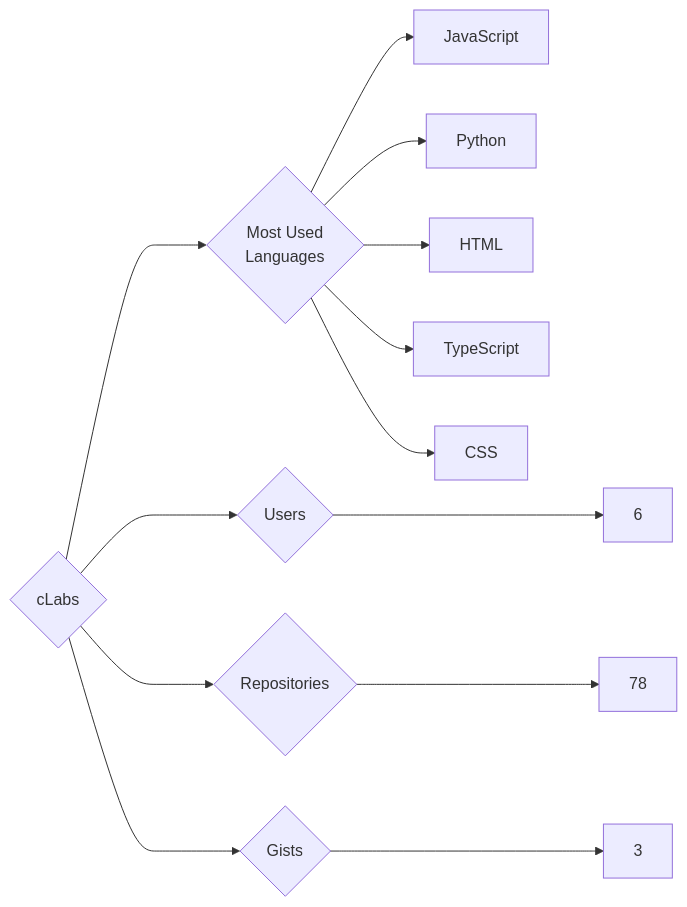
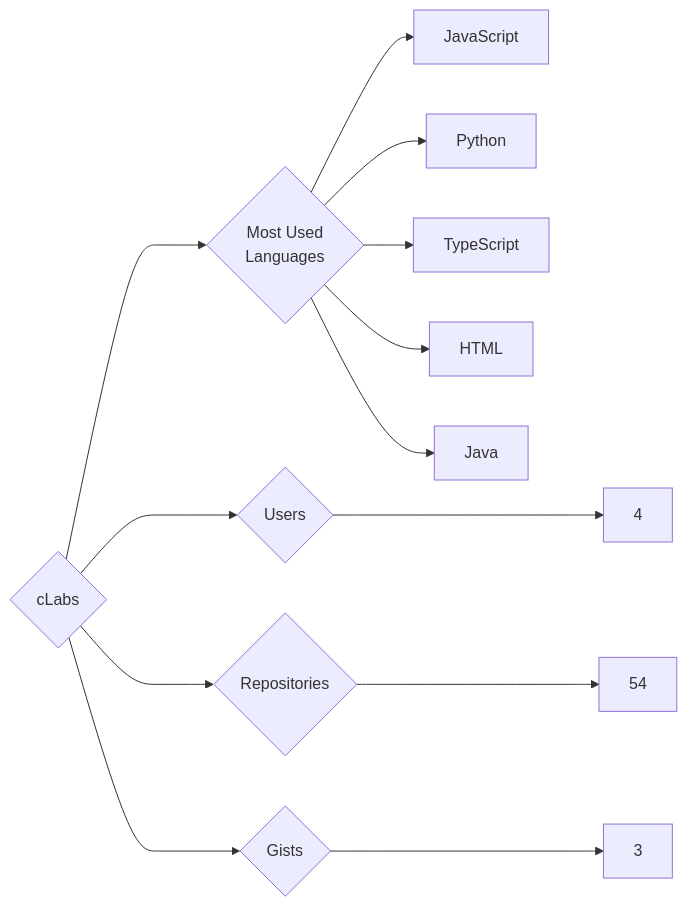
One commit to trickest/insiders changed the diagram in targets/cLabs/README.md. Above: the diagram before and after it, drawn with Mermaid. The commit also changed 783 other files, not shown here.

````diff
--- a/targets/cLabs/README.md
+++ b/targets/cLabs/README.md
@@ -3,13 +3,13 @@
 ```mermaid
 graph LR
 COMPANY_NAME{cLabs}
-COMPANY_NAME ---> U{Users} ---> UN[6]
-COMPANY_NAME ---> R{Repositories} ---> RN[78]
+COMPANY_NAME ---> U{Users} ---> UN[4]
+COMPANY_NAME ---> R{Repositories} ---> RN[54]
 COMPANY_NAME ---> G{Gists} ---> GN[3]
 COMPANY_NAME ---> ML{Most Used<br>Languages}
 ML --> JavaScript[JavaScript]
 ML --> Python[Python]
+ML --> TypeScript[TypeScript]
 ML --> HTML[HTML]
-ML --> TypeScript[TypeScript]
-ML --> CSS[CSS]
+ML --> Java[Java]
 ```
````
